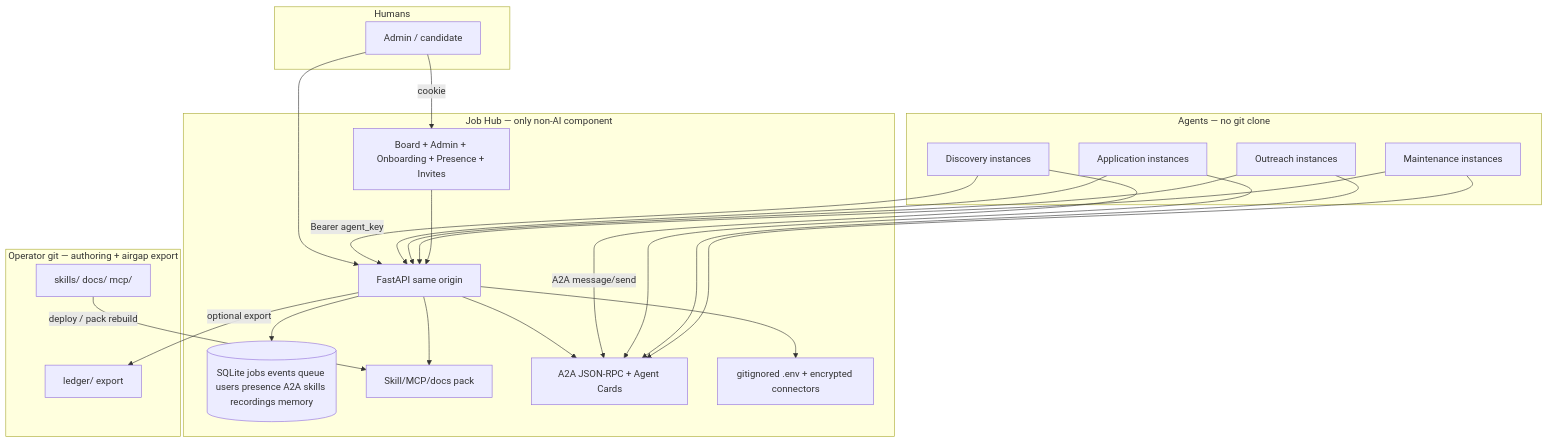
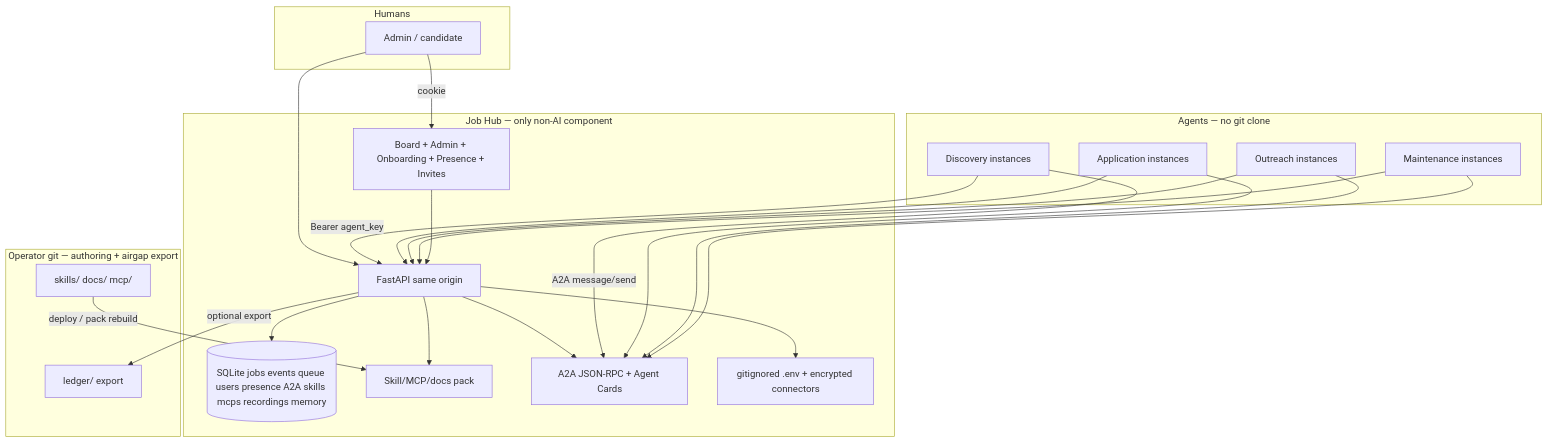
Before and after one commit to unownone/jobos: the diagram in docs/job-hub/02-architecture.md, drawn with Mermaid. The commit also changed other lines of this file and 5 other files, not shown here.

````diff
--- a/docs/job-hub/02-architecture.md
+++ b/docs/job-hub/02-architecture.md
@@ -9,45 +9,45 @@
 ```mermaid
 flowchart TB
   subgraph humans [Humans]
     admin[Admin / candidate]
   end
 
   subgraph agents [Agents — no git clone]
     d[Discovery instances]
     a[Application instances]
     o[Outreach instances]
     m[Maintenance instances]
   end
 
   subgraph hub [Job Hub — only non-AI component]
     api[FastAPI same origin]
     ui[Board + Admin + Onboarding + Presence + Invites]
-    db[(SQLite jobs events queue users presence A2A skills recordings memory)]
+    db[(SQLite jobs events queue users presence A2A skills mcps recordings memory)]
     pack[Skill/MCP/docs pack]
     a2a[A2A JSON-RPC + Agent Cards]
     secrets[gitignored .env + encrypted connectors]
   end
 
   subgraph git [Operator git — authoring + airgap export]
     skills[skills/ docs/ mcp/]
     ledger[ledger/ export]
   end
 
   admin -->|cookie| ui
   admin --> api
   d -->|Bearer agent_key| api
   a --> api
   o --> api
   m --> api
   api --> db
   api --> pack
   api --> a2a
   api --> secrets
   d -->|A2A message/send| a2a
   a --> a2a
   o --> a2a
   m --> a2a
   skills -->|deploy / pack rebuild| pack
   api -->|optional export| ledger
   ui --> api
 ```
````
